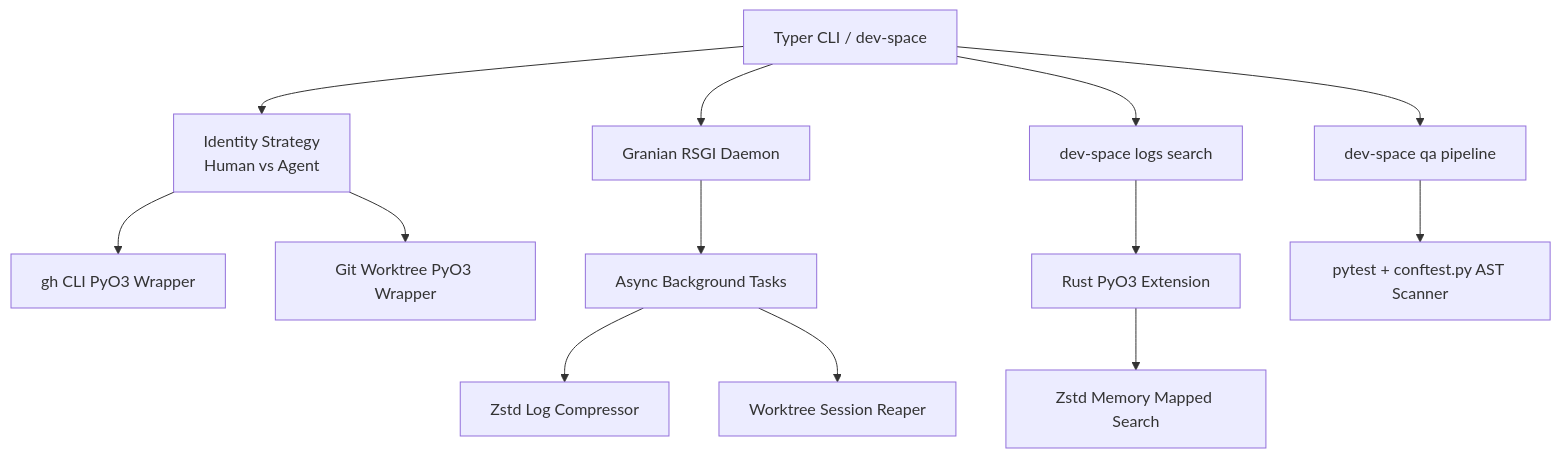
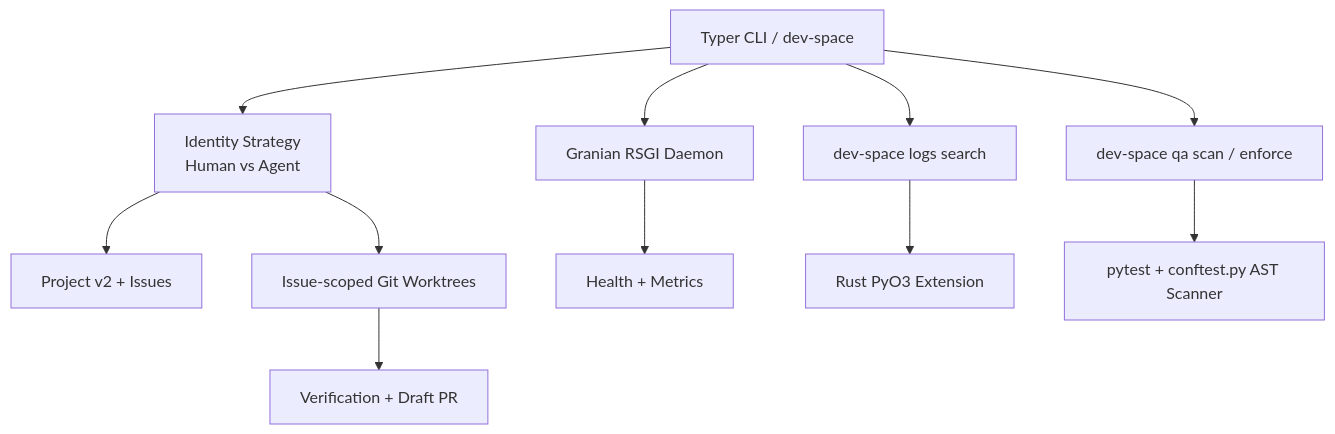
One commit to kmosoti/dev-space changed the diagram in README.md. Above: the diagram before and after it, drawn with Mermaid. The commit also changed other lines of this file and 15 other files, not shown here.

````diff
--- a/README.md
+++ b/README.md
@@ -19,18 +28,15 @@
 ```mermaid
 graph TD
     CLI[Typer CLI / dev-space] --> ID[Identity Strategy<br/>Human vs Agent]
-    ID --> GITHUB[gh CLI PyO3 Wrapper]
-    ID --> WORKTREE[Git Worktree PyO3 Wrapper]
-    
+    ID --> PROJECT[Project v2 + Issues]
+    ID --> WORKTREE[Issue-scoped Git Worktrees]
+
+    WORKTREE --> HANDOFF[Verification + Draft PR]
     CLI --> DAEMON[Granian RSGI Daemon]
-    DAEMON --> TASKS[Async Background Tasks]
-    TASKS --> COMPRESS[Zstd Log Compressor]
-    TASKS --> REAPER[Worktree Session Reaper]
-    
+    DAEMON --> HEALTH[Health + Metrics]
+
     CLI --> LOGS[dev-space logs search]
     LOGS --> RUSTCORE[Rust PyO3 Extension]
-    RUSTCORE --> ZSTD[Zstd Memory Mapped Search]
-    
-    CLI --> QA[dev-space qa pipeline]
+    CLI --> QA[dev-space qa scan / enforce]
     QA --> PYTEST[pytest + conftest.py AST Scanner]
 ```
````
